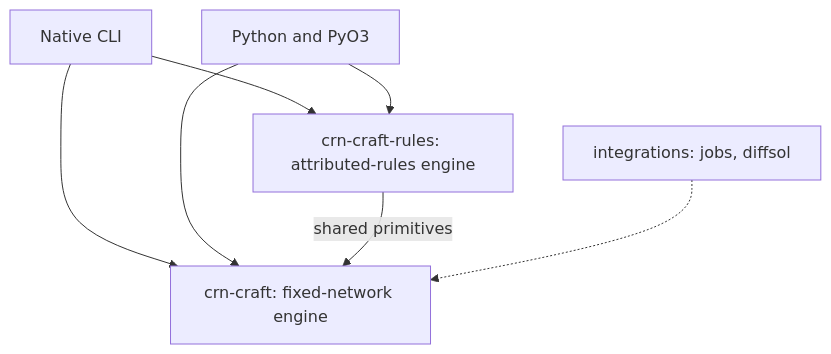
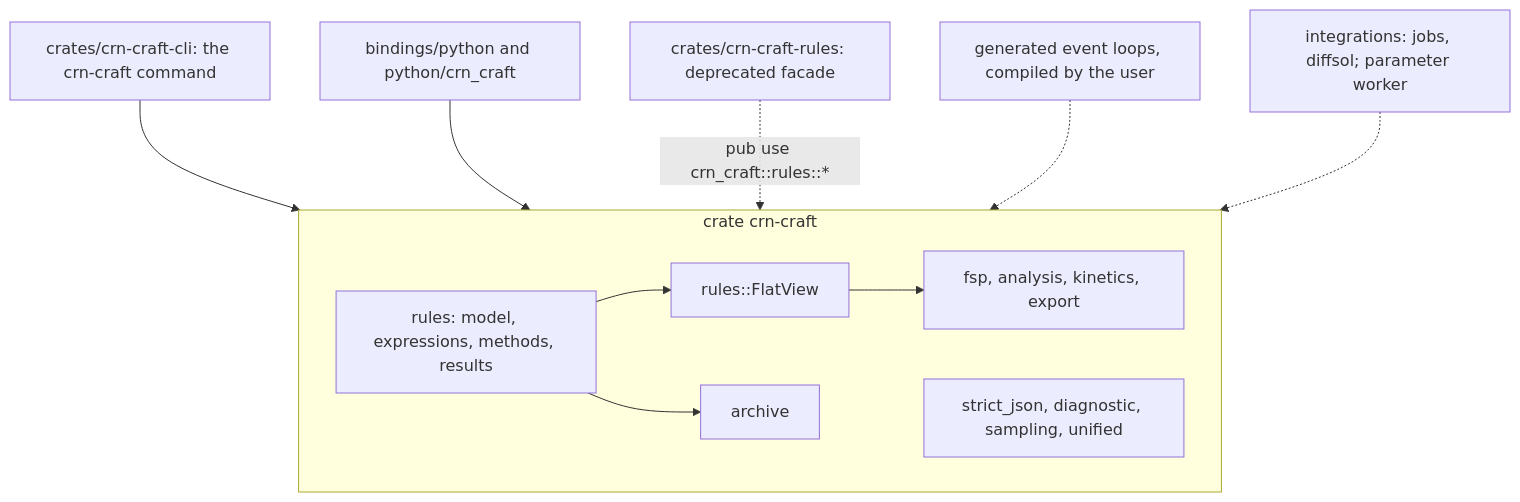
The first of 3 diagrams in docs/architecture.md (dietmarwo/CRN-craft), drawn with Mermaid before and after one commit. The commit also changed other lines of this file and 7 other files, not shown here.

First line of the commit message:
M10c: Describe the one engine in the architecture, agent and report documents

````diff
--- a/docs/architecture.md
+++ b/docs/architecture.md
@@ -13,9 +22,18 @@
 ```mermaid
 flowchart TB
-  CLI["Native CLI"] --> Core["crn-craft: fixed-network engine"]
-  CLI --> Rules["crn-craft-rules: attributed-rules engine"]
-  Py["Python and PyO3"] --> Core
-  Py --> Rules
-  Rules -->|"shared primitives"| Core
-  Jobs["integrations: jobs, diffsol"] -.-> Core
+  CLI["crates/crn-craft-cli: the crn-craft command"] --> Engine
+  Py["bindings/python and python/crn_craft"] --> Engine
+  Facade["crates/crn-craft-rules: deprecated facade"] -.->|"pub use crn_craft::rules::*"| Engine
+  Loops["generated event loops, compiled by the user"] -.-> Engine
+  Ext["integrations: jobs, diffsol; parameter worker"] -.-> Engine
+  subgraph Engine["crate crn-craft"]
+    Rules["rules: model, expressions, methods, results"]
+    View["rules::FlatView"]
+    Tools["fsp, analysis, kinetics, export"]
+    Archive["archive"]
+    Base["strict_json, diagnostic, sampling, unified"]
+    Rules --> View
+    View --> Tools
+    Rules --> Archive
+  end
 ```
````
